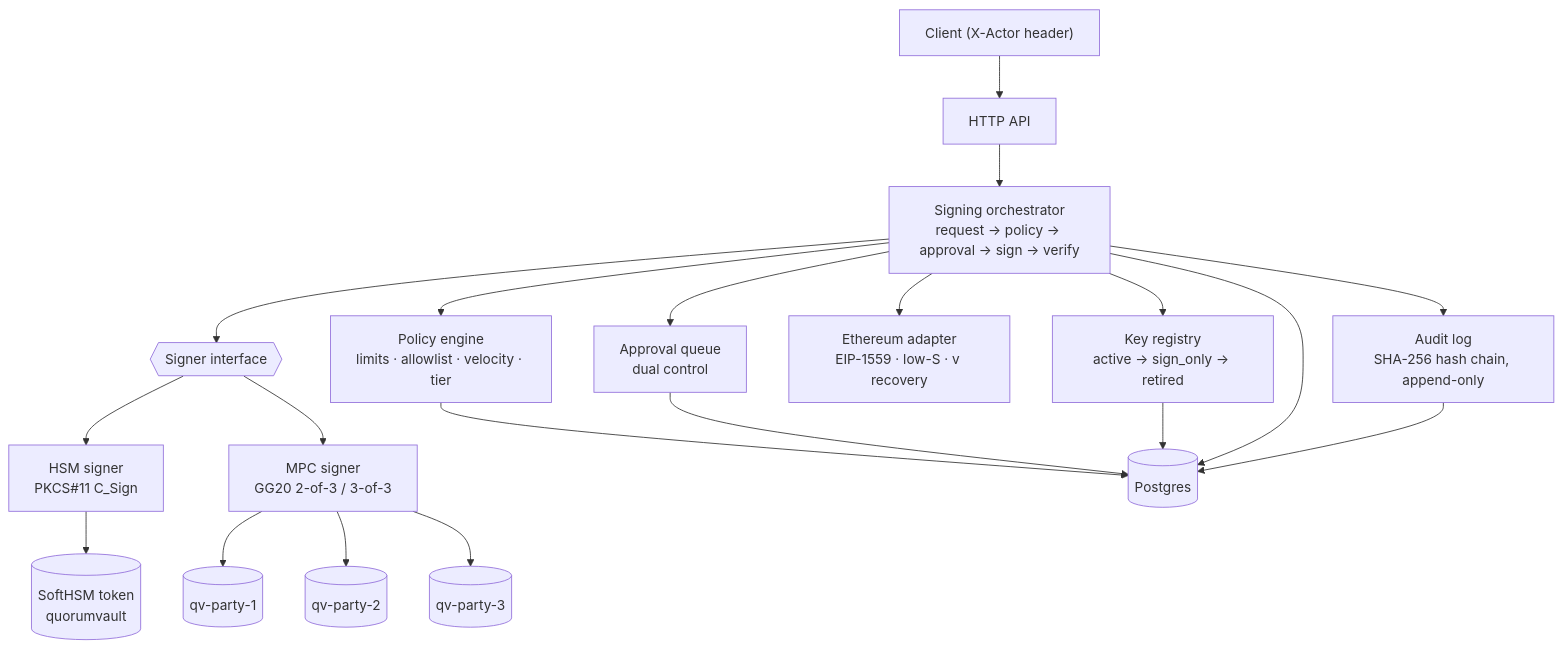
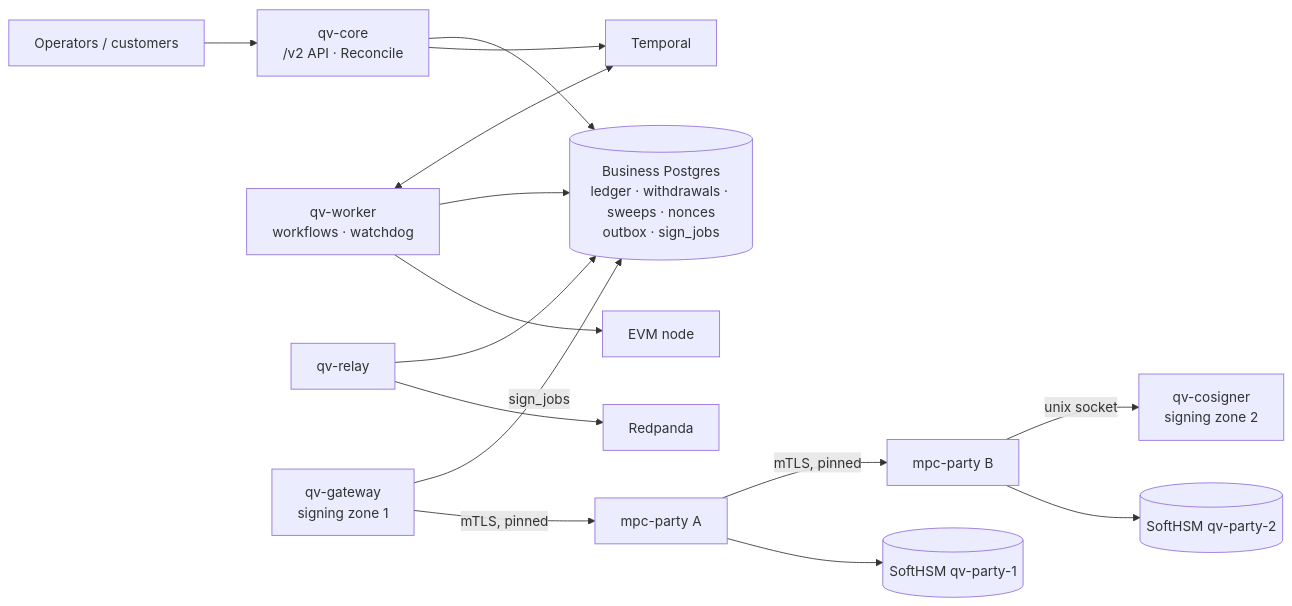
The diagram in README.md (ws4charlie/quorum-vault), drawn with Mermaid before and after one commit. The commit also changed other lines of this file and 41 other files, not shown here.

````diff
--- a/README.md
+++ b/README.md
@@ -22,17 +22,17 @@
 ```mermaid
-flowchart TB
-  client["Client (X-Actor header)"] --> api["HTTP API"]
-  api --> orch["Signing orchestrator<br/>request → policy → approval → sign → verify"]
-  orch --> pol["Policy engine<br/>limits · allowlist · velocity · tier"]
-  orch --> apq["Approval queue<br/>dual control"]
-  orch --> reg["Key registry<br/>active → sign_only → retired"]
-  orch --> eth["Ethereum adapter<br/>EIP-1559 · low-S · v recovery"]
-  orch --> sig{{"Signer interface"}}
-  sig --> hsm["HSM signer<br/>PKCS#11 C_Sign"]
-  sig --> mpc["MPC signer<br/>GG20 2-of-3 / 3-of-3"]
-  hsm --> t0[("SoftHSM token<br/>quorumvault")]
-  mpc --> t1[("qv-party-1")] & t2[("qv-party-2")] & t3[("qv-party-3")]
-  pol & apq & reg & orch --> db[("Postgres")]
-  orch --> aud["Audit log<br/>SHA-256 hash chain, append-only"]
-  aud --> db
+flowchart LR
+  user["Operators / customers"] --> core["qv-core<br/>/v2 API · Reconcile"]
+  core --> biz[("Business Postgres<br/>ledger · withdrawals · sweeps · nonces<br/>outbox · sign_jobs")]
+  core --> tmp["Temporal"]
+  worker["qv-worker<br/>workflows · watchdog"] <--> tmp
+  worker --> biz
+  worker --> chain["EVM node"]
+  relay["qv-relay"] --> biz
+  relay --> rp["Redpanda"]
+  gw["qv-gateway<br/>signing zone 1"] -- sign_jobs --> biz
+  gw -- "mTLS, pinned" --> A["mpc-party A"]
+  A -- "mTLS, pinned" --> B["mpc-party B"]
+  B -- "unix socket" --> cs["qv-cosigner<br/>signing zone 2"]
+  A --> ta[("SoftHSM qv-party-1")]
+  B --> tb[("SoftHSM qv-party-2")]
 ```
````
